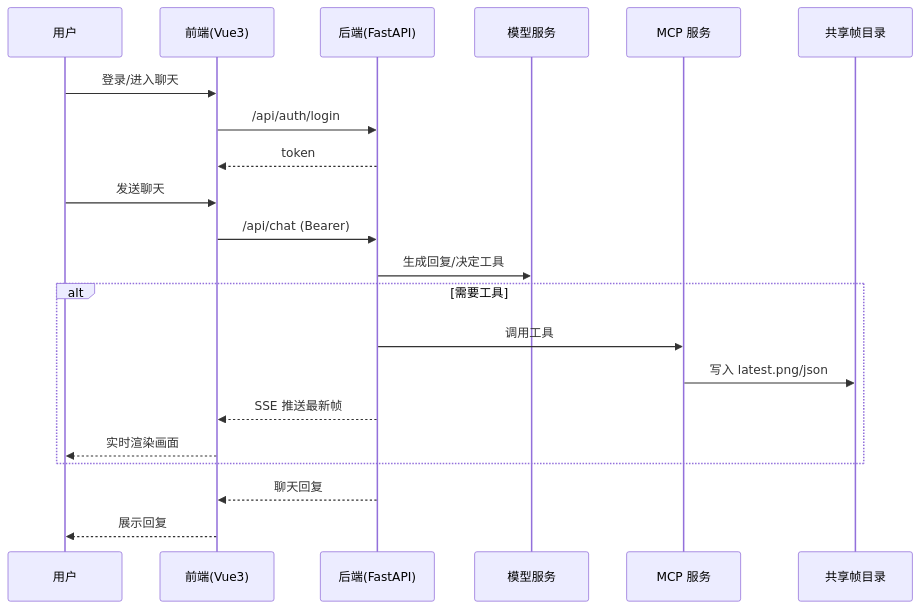
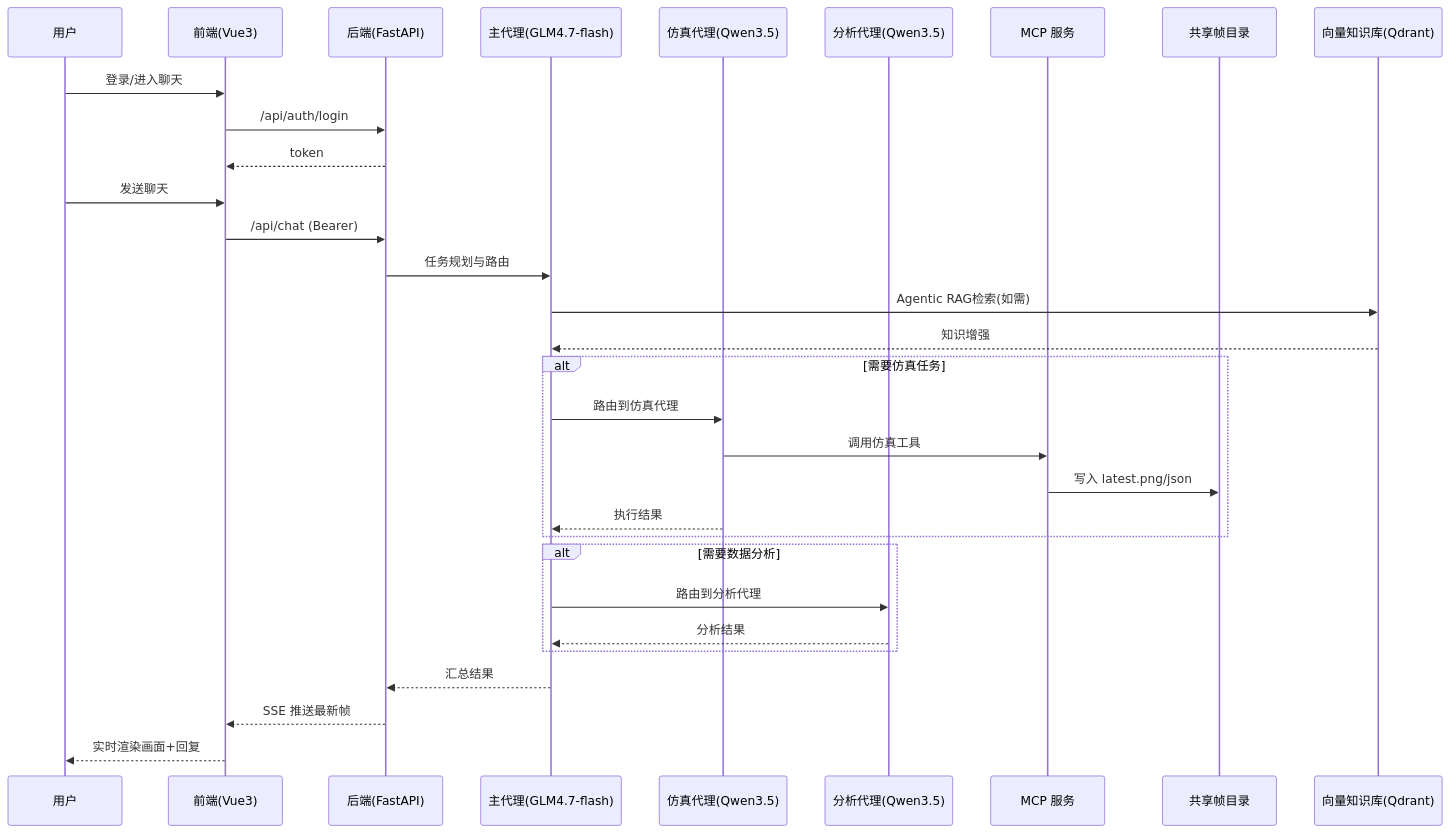
The diagram in charts/sequence.md (Playitcooool/robotagent), drawn with Mermaid before and after one commit. The commit also changed 2 other files, not shown here.

Commit message:
V4.7.6 chats update

````diff
--- a/charts/sequence.md
+++ b/charts/sequence.md
@@ -3,25 +3,38 @@
 ```mermaid
 sequenceDiagram
   participant U as 用户
   participant FE as 前端(Vue3)
   participant BE as 后端(FastAPI)
-  participant LLM as 模型服务
+  participant Main as 主代理(GLM4.7-flash)
+  participant Sim as 仿真代理(Qwen3.5)
+  participant Anal as 分析代理(Qwen3.5)
   participant MCP as MCP 服务
   participant SIM as 共享帧目录
+  participant RAG as 向量知识库(Qdrant)
 
   U->>FE: 登录/进入聊天
   FE->>BE: /api/auth/login
   BE-->>FE: token
 
   U->>FE: 发送聊天
   FE->>BE: /api/chat (Bearer)
-  BE->>LLM: 生成回复/决定工具
-  alt 需要工具
-    BE->>MCP: 调用工具
+  BE->>Main: 任务规划与路由
+  Main->>RAG: Agentic RAG检索(如需)
+  RAG-->>Main: 知识增强
+
+  alt 需要仿真任务
+    Main->>Sim: 路由到仿真代理
+    Sim->>MCP: 调用仿真工具
     MCP->>SIM: 写入 latest.png/json
-    BE-->>FE: SSE 推送最新帧
-    FE-->>U: 实时渲染画面
+    Sim-->>Main: 执行结果
   end
-  BE-->>FE: 聊天回复
-  FE-->>U: 展示回复
+
+  alt 需要数据分析
+    Main->>Anal: 路由到分析代理
+    Anal-->>Main: 分析结果
+  end
+
+  Main-->>BE: 汇总结果
+  BE-->>FE: SSE 推送最新帧
+  FE-->>U: 实时渲染画面+回复
 ```
````
